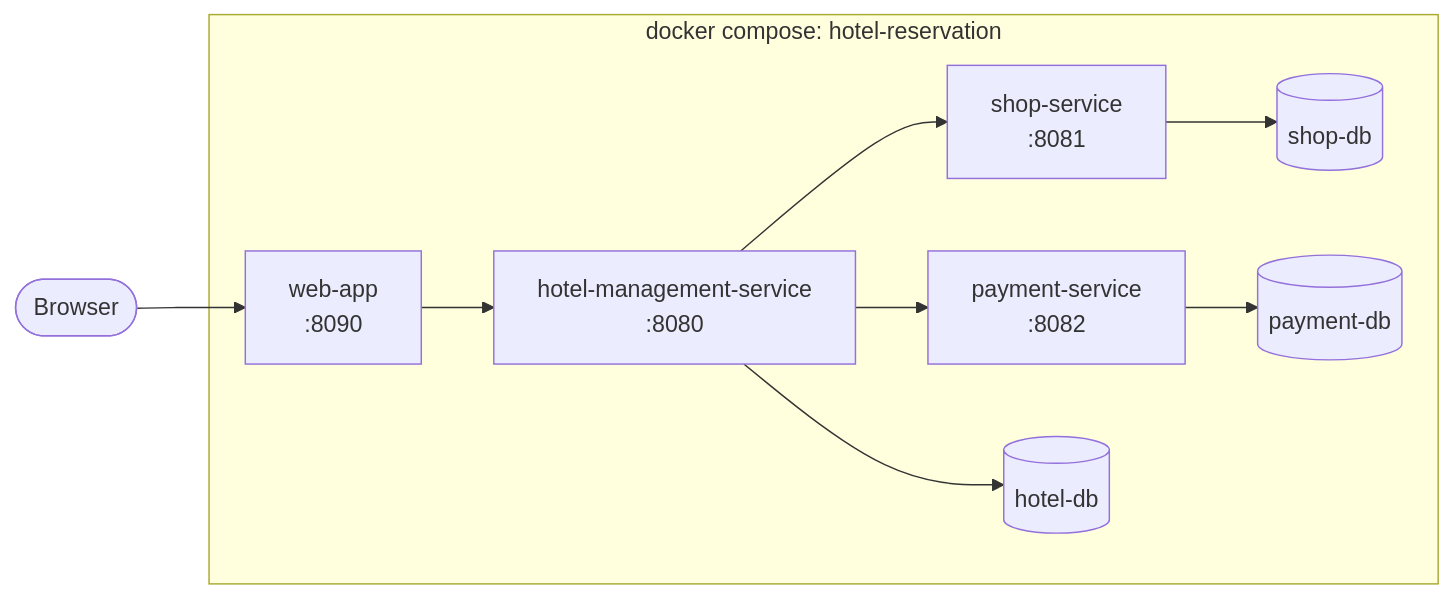
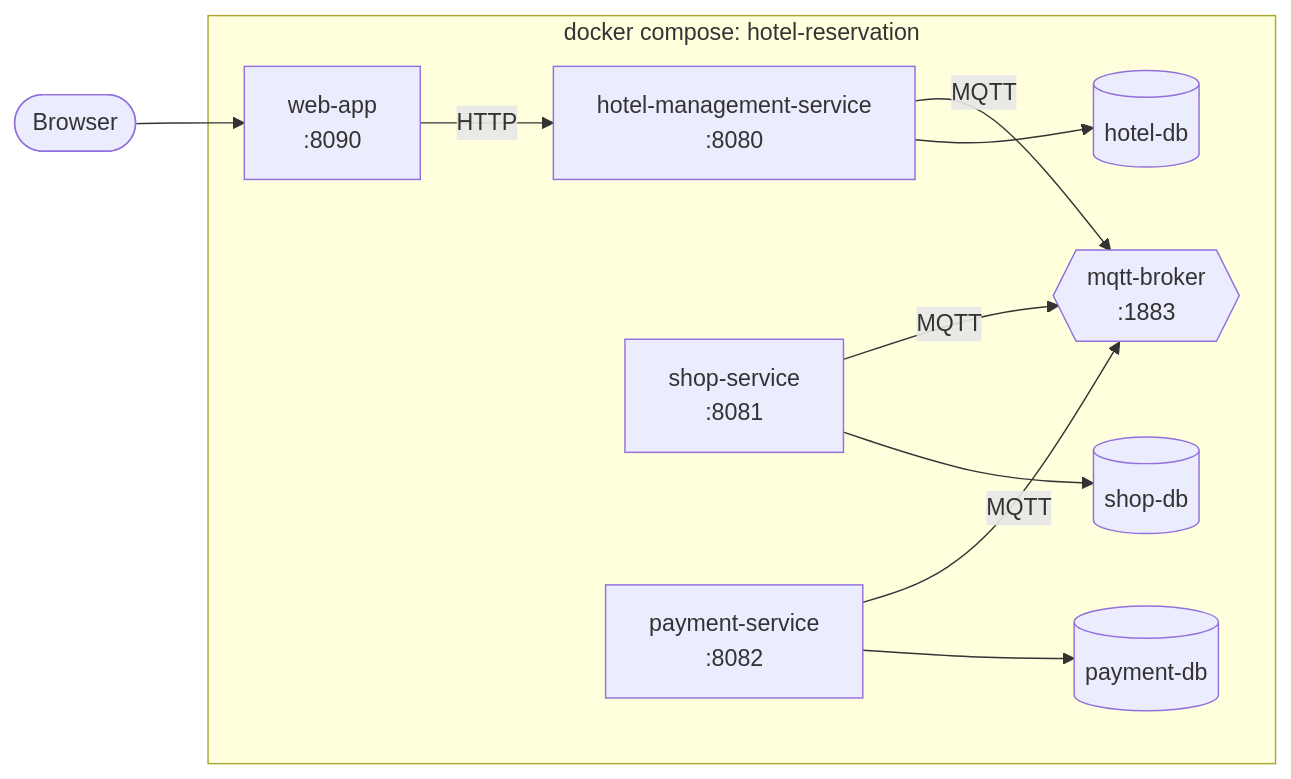
One commit to upb-fils-inter-proj/asd-hotel-reservation-nonaislop changed the fourth of 4 diagrams in docs/architecture.md. Above: the diagram before and after it, drawn with Mermaid. The commit also changed other lines of this file and 52 other files, not shown here.

````diff
--- a/docs/architecture.md
+++ b/docs/architecture.md
@@ -206,20 +252,22 @@
 ```mermaid
 flowchart LR
     browser(["Browser"])
     subgraph compose["docker compose: hotel-reservation"]
         wa["web-app<br/>:8090"]
         hm["hotel-management-service<br/>:8080"]
         sh["shop-service<br/>:8081"]
         pa["payment-service<br/>:8082"]
         hdb[("hotel-db")]
         sdb[("shop-db")]
         pdb[("payment-db")]
+        mq{{"mqtt-broker<br/>:1883"}}
     end
     browser --> wa
-    wa --> hm
-    hm --> sh
-    hm --> pa
+    wa -- HTTP --> hm
+    hm -- MQTT --> mq
+    sh -- MQTT --> mq
+    pa -- MQTT --> mq
     hm --> hdb
     sh --> sdb
     pa --> pdb
 ```
````
